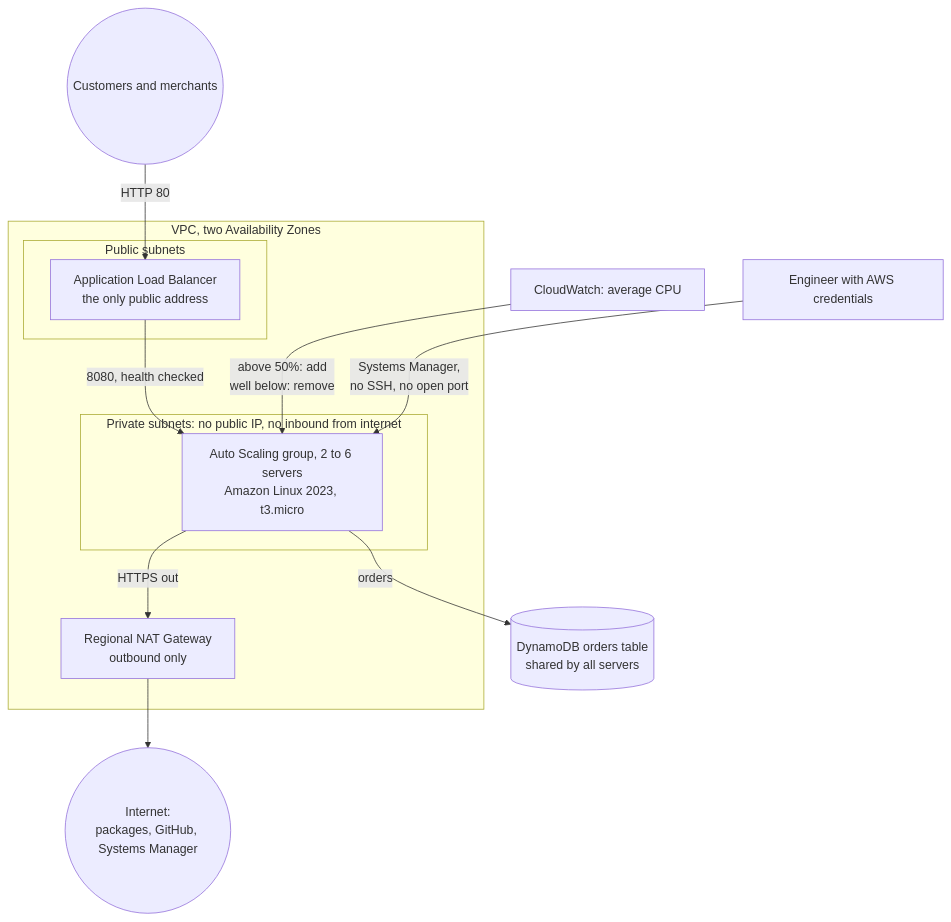
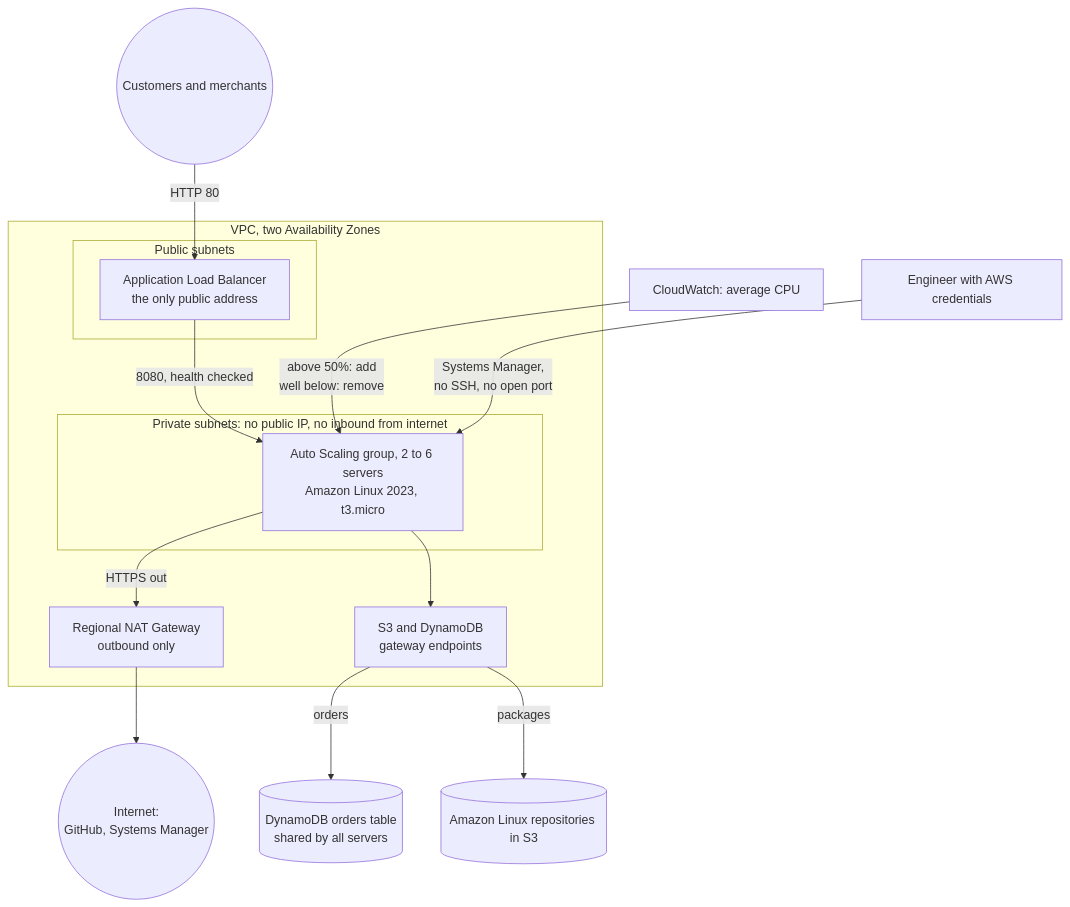
The diagram in README.md (danjor667/onward-salesday), drawn with Mermaid before and after one commit. The commit also changed other lines of this file and 4 other files, not shown here.

````diff
--- a/README.md
+++ b/README.md
@@ -13,20 +13,23 @@
 ```mermaid
 flowchart TB
   USERS((Customers and merchants)) -->|HTTP 80| ALB
 
   subgraph VPC["VPC, two Availability Zones"]
     subgraph PUB["Public subnets"]
       ALB[Application Load Balancer<br/>the only public address]
     end
     subgraph PRIV["Private subnets: no public IP, no inbound from internet"]
       ASG["Auto Scaling group, 2 to 6 servers<br/>Amazon Linux 2023, t3.micro"]
     end
     NAT[Regional NAT Gateway<br/>outbound only]
+    GWE[S3 and DynamoDB<br/>gateway endpoints]
   end
 
   ALB -->|8080, health checked| ASG
-  ASG -->|HTTPS out| NAT --> NET((Internet:<br/>packages, GitHub, Systems Manager))
-  ASG -->|orders| DDB[(DynamoDB orders table<br/>shared by all servers)]
+  ASG -->|HTTPS out| NAT --> NET((Internet:<br/>GitHub, Systems Manager))
+  ASG --> GWE
+  GWE -->|orders| DDB[(DynamoDB orders table<br/>shared by all servers)]
+  GWE -->|packages| S3[(Amazon Linux repositories in S3)]
   CW[CloudWatch: average CPU] -->|above 50%: add<br/>well below: remove| ASG
   ENG[Engineer with AWS credentials] -->|Systems Manager,<br/>no SSH, no open port| ASG
 ```
````
